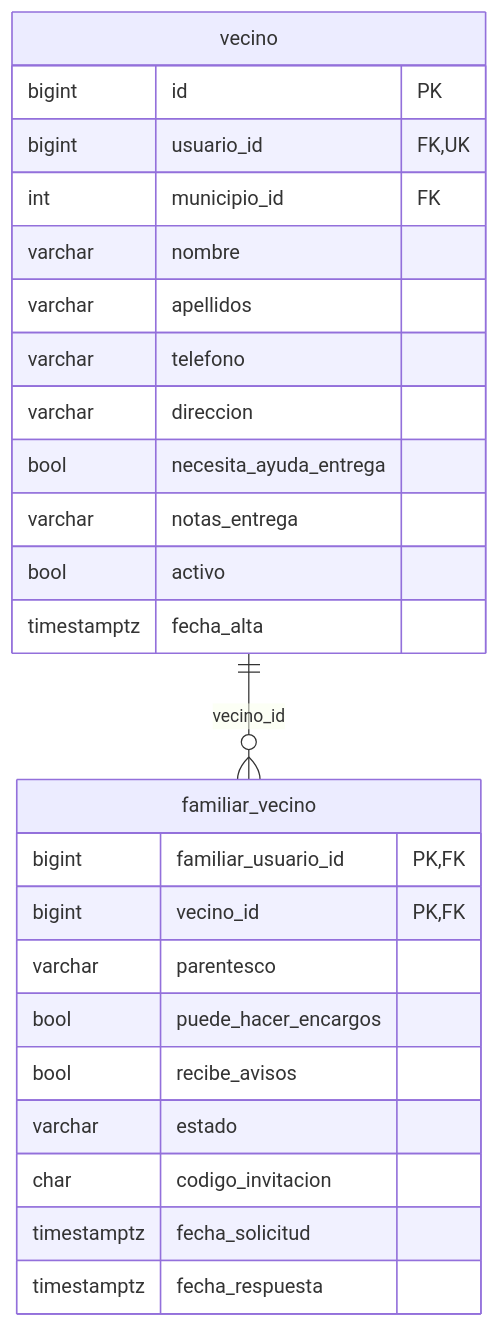
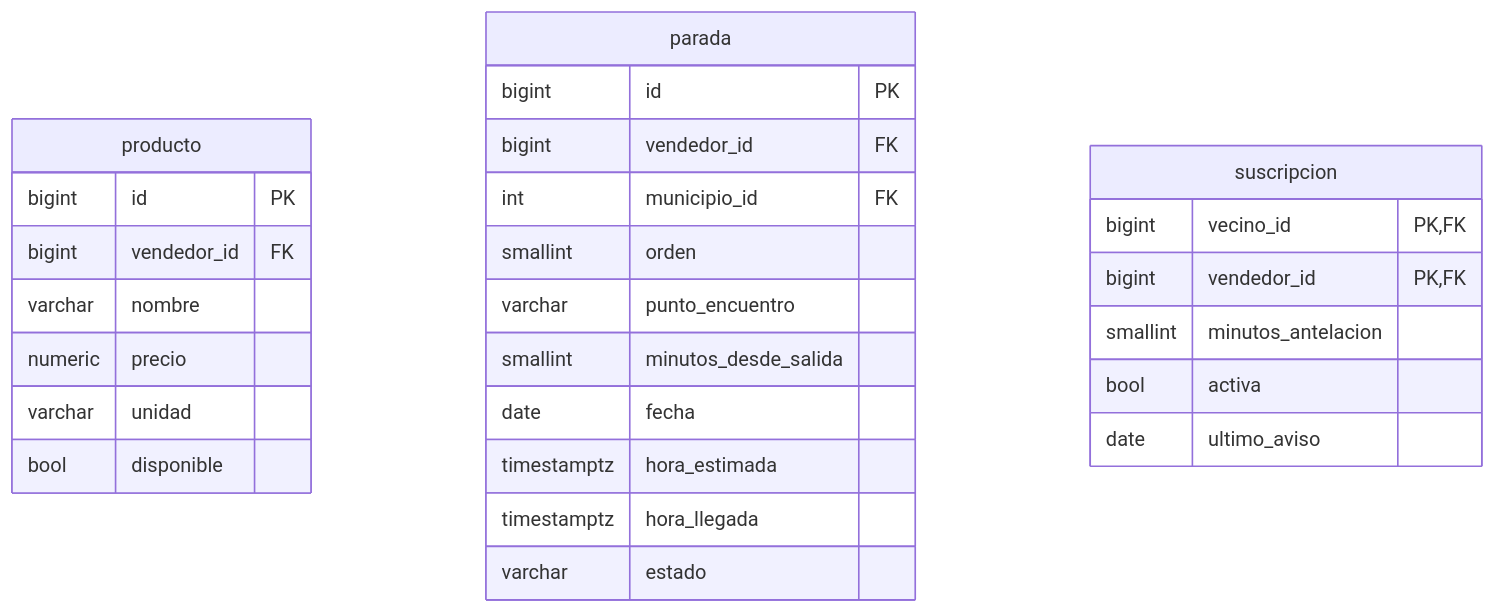
One commit to JavierSanzdelCerro/TFG_CLAXON changed the third of 5 diagrams in docs/base-de-datos/diagramas.md. Above: the diagram before and after it, drawn with Mermaid. The commit also changed other lines of this file and 39 other files, not shown here.

````diff
--- a/docs/base-de-datos/diagramas.md
+++ b/docs/base-de-datos/diagramas.md
@@ -173,28 +100,30 @@
 ```mermaid
 erDiagram
-    vecino {
+    producto {
         bigint id PK
-        bigint usuario_id FK,UK
+        bigint vendedor_id FK
+        varchar nombre
+        numeric precio
+        varchar unidad
+        bool disponible
+    }
+    parada {
+        bigint id PK
+        bigint vendedor_id FK
         int municipio_id FK
-        varchar nombre
-        varchar apellidos
-        varchar telefono
-        varchar direccion
-        bool necesita_ayuda_entrega
-        varchar notas_entrega
-        bool activo
-        timestamptz fecha_alta
+        smallint orden
+        varchar punto_encuentro
+        smallint minutos_desde_salida
+        date fecha
+        timestamptz hora_estimada
+        timestamptz hora_llegada
+        varchar estado
     }
-    familiar_vecino {
-        bigint familiar_usuario_id PK,FK
+    suscripcion {
         bigint vecino_id PK,FK
-        varchar parentesco
-        bool puede_hacer_encargos
-        bool recibe_avisos
-        varchar estado
-        char codigo_invitacion
-        timestamptz fecha_solicitud
-        timestamptz fecha_respuesta
+        bigint vendedor_id PK,FK
+        smallint minutos_antelacion
+        bool activa
+        date ultimo_aviso
     }
-    vecino ||--o{ familiar_vecino : "vecino_id"
 ```
````
